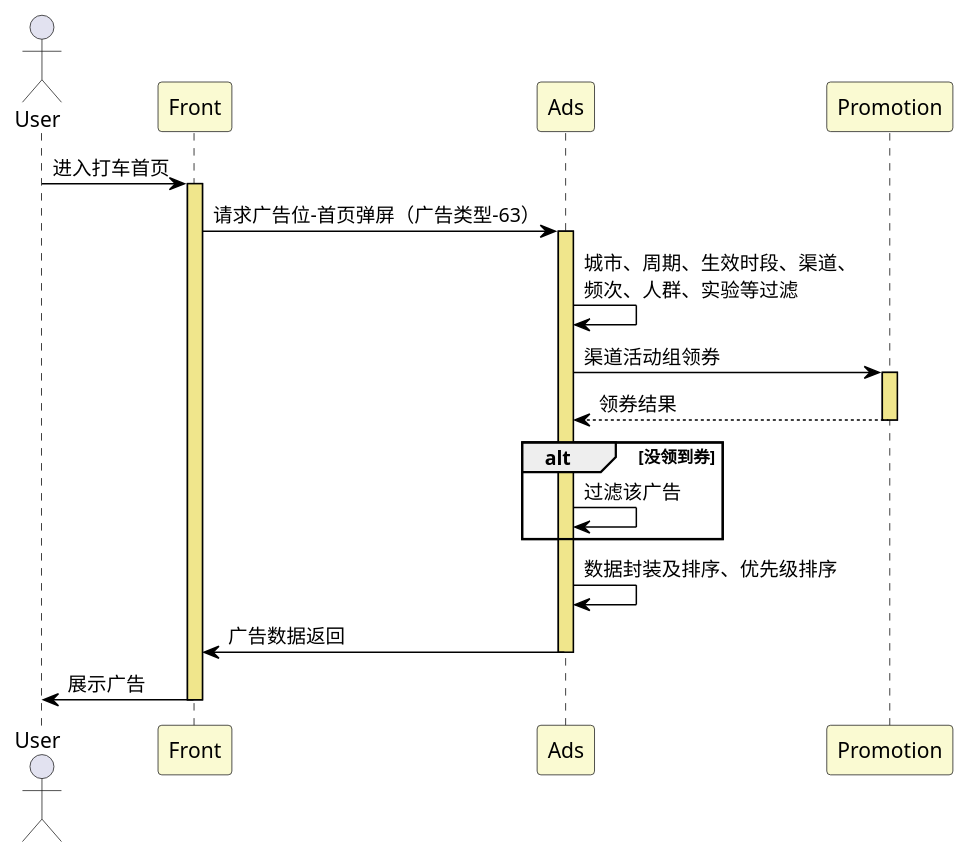
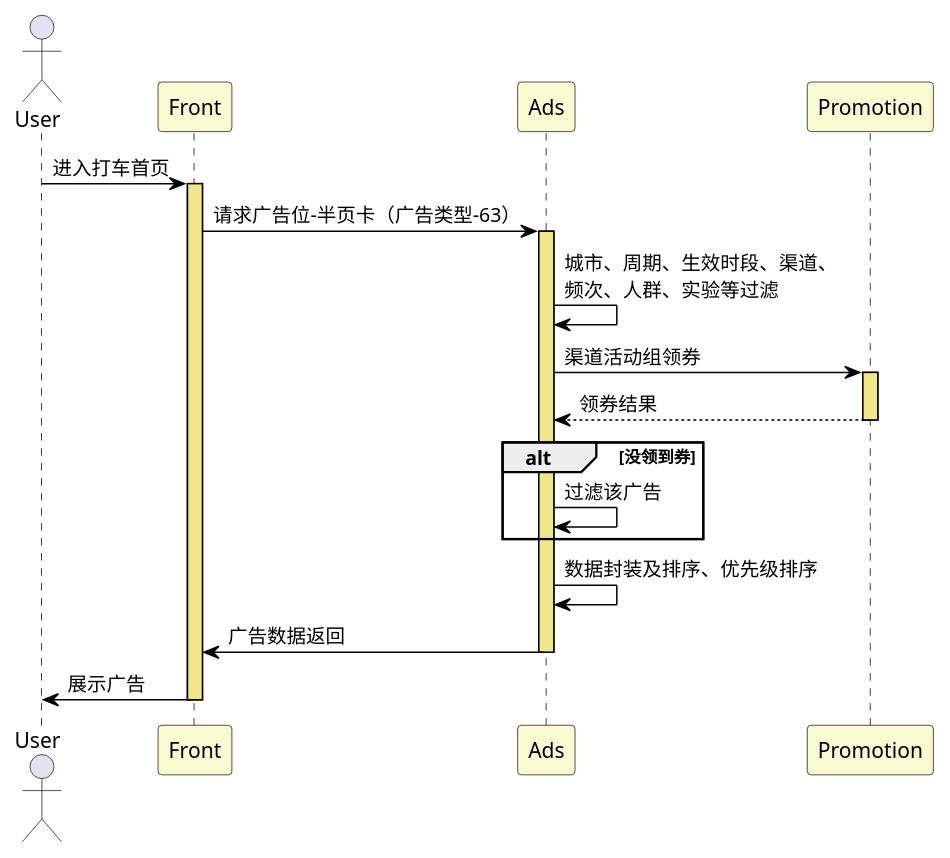
The diagram in src/note/ads/c/Ads_type63_issueCoupon.puml (zhangbotong/mt-plantuml), drawn with PlantUML before and after one commit. The commit also changed 3 other files, not shown here.

```diff
--- a/src/note/ads/c/Ads_type63_issueCoupon.puml
+++ b/src/note/ads/c/Ads_type63_issueCoupon.puml
@@ -1,32 +1,32 @@
 @startuml
 skinparam sequence {
 ArrowColor black
 LifeLineBorderColor black
 LifeLineBackgroundColor khaki
 ParticipantBackgroundColor lightgoldenrodyellow
 }
 Actor User
 participant Front
 participant Ads
 participant Promotion
 
 User -> Front: 进入打车首页
 
 activate Front
-    Front -> Ads: 请求广告位-首页弹屏（广告类型-63）
+    Front -> Ads: 请求广告位-半页卡（广告类型-63）
         activate Ads
         Ads -> Ads: 城市、周期、生效时段、渠道、\n频次、人群、实验等过滤
         Ads -> Promotion: 渠道活动组领券
             activate Promotion
                 Promotion --> Ads : 领券结果
             deactivate Promotion
         alt 没领到券
             Ads -> Ads: 过滤该广告
         end
         Ads -> Ads: 数据封装及排序、优先级排序
         Ads -> Front: 广告数据返回
         deactivate Ads
 Front -> User: 展示广告
 deactivate Front
 
 @enduml
```
